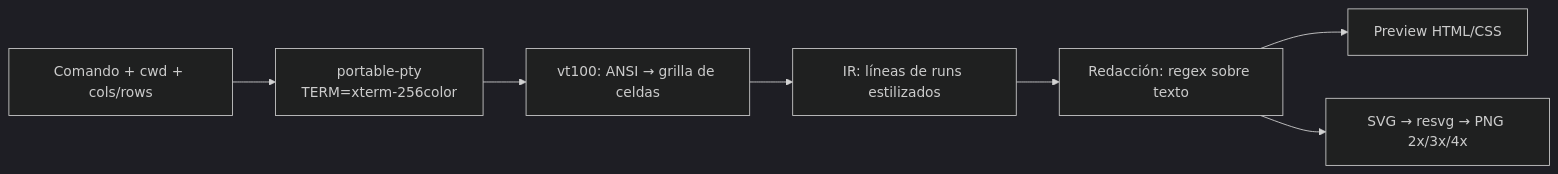
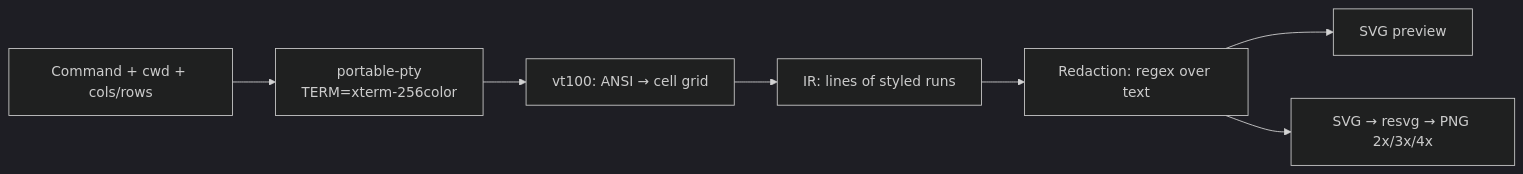
The diagram in docs/superpowers/specs/2026-09-09-termcard-design.md (srnoob2570/termcard), drawn with Mermaid (dark theme) before and after one commit. The commit also changed other lines of this file and 14 other files, not shown here.

````diff
--- a/docs/superpowers/specs/2026-09-09-termcard-design.md
+++ b/docs/superpowers/specs/2026-09-09-termcard-design.md
@@ -24,9 +24,9 @@
 ```mermaid
 flowchart LR
-    A[Comando + cwd + cols/rows] --> B[portable-pty\nTERM=xterm-256color]
-    B --> C[vt100: ANSI → grilla de celdas]
-    C --> D[IR: líneas de runs estilizados]
-    D --> E[Redacción: regex sobre texto]
-    E --> F[Preview HTML/CSS]
+    A[Command + cwd + cols/rows] --> B[portable-pty\nTERM=xterm-256color]
+    B --> C[vt100: ANSI → cell grid]
+    C --> D[IR: lines of styled runs]
+    D --> E[Redaction: regex over text]
+    E --> F[SVG preview]
     E --> G[SVG → resvg → PNG 2x/3x/4x]
 ```
````
